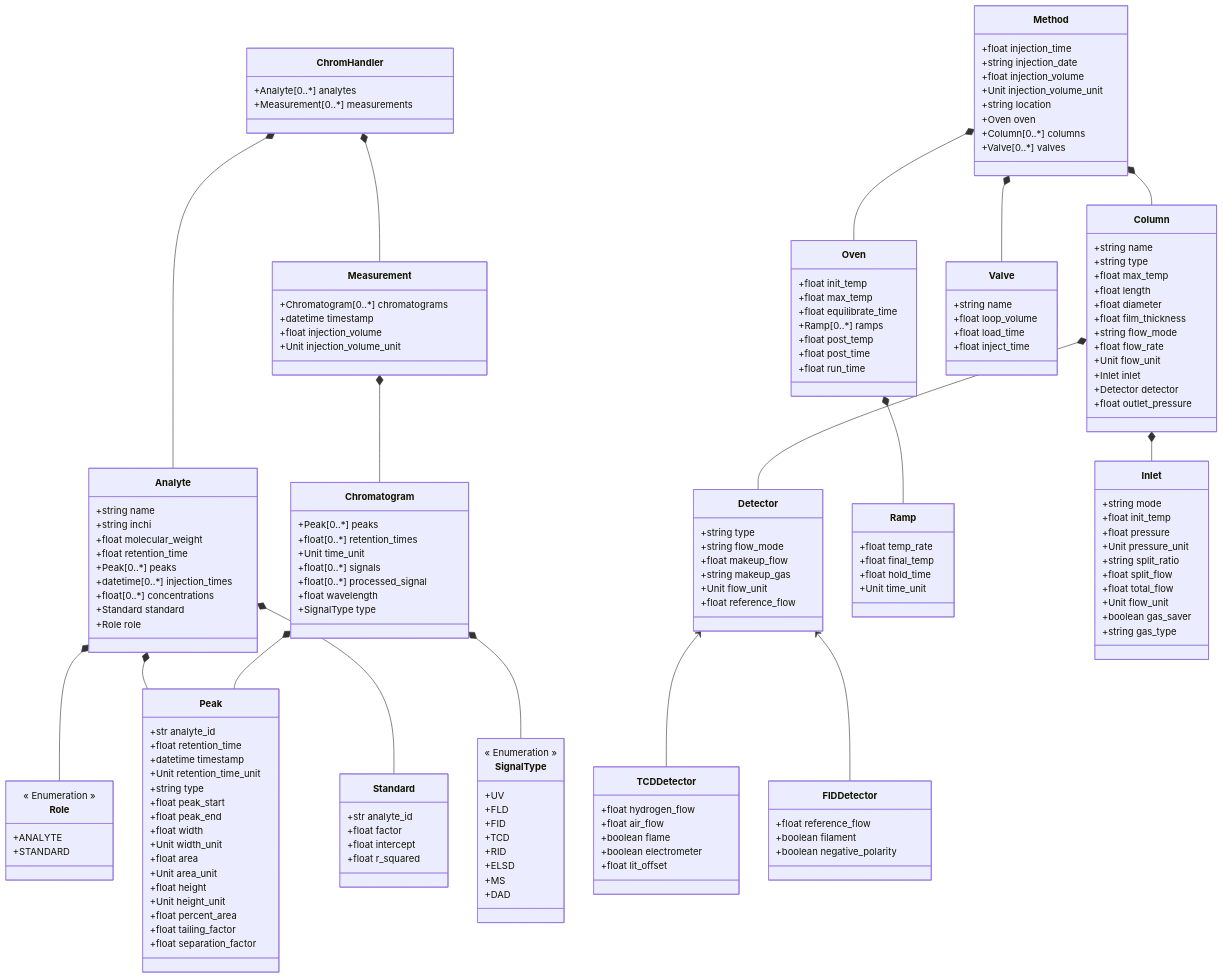
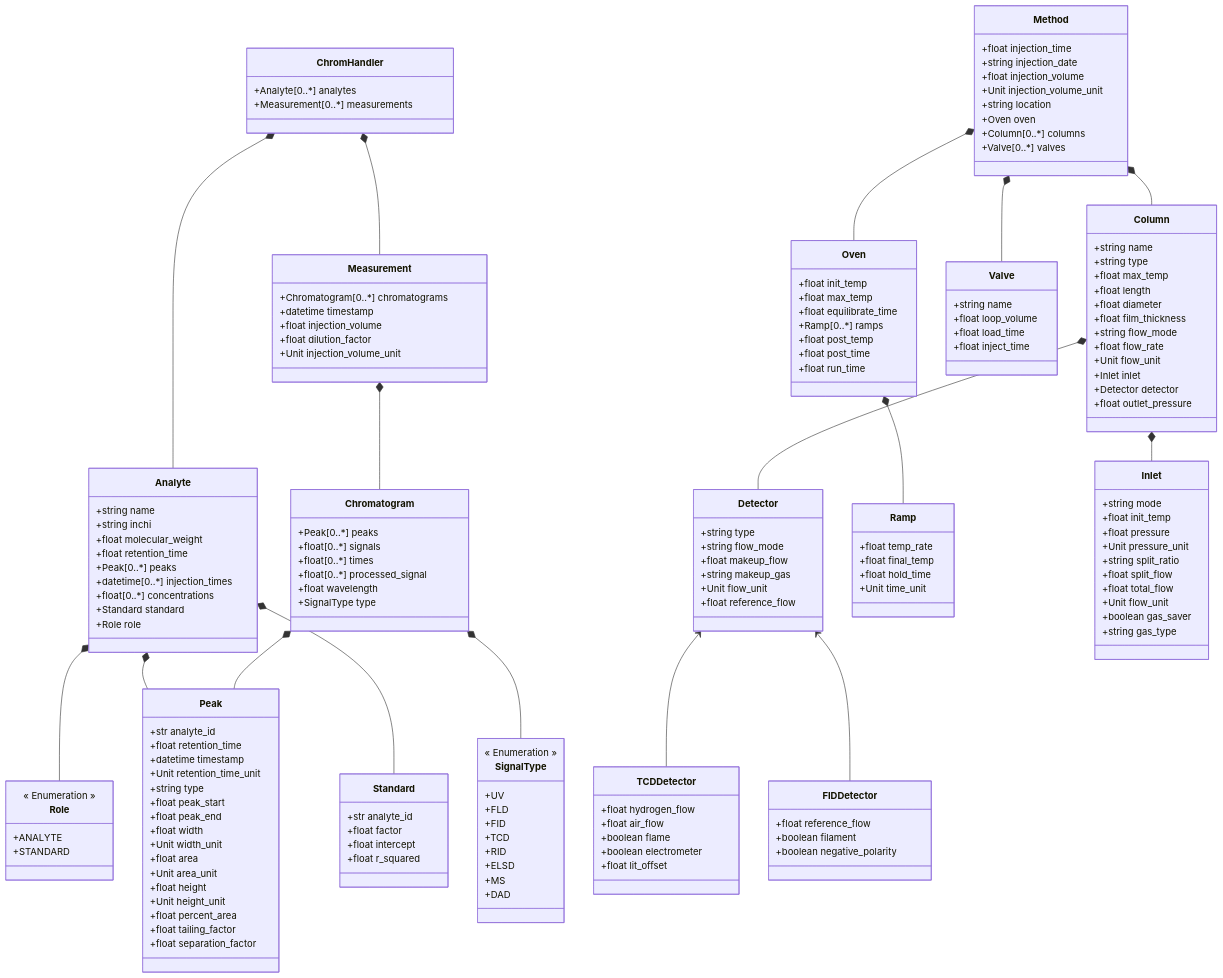
The diagram in chromatopy/schemes/chromatopy_schema.md (FAIRChemistry/chromatopy), drawn with Mermaid before and after one commit. The commit also changed 12 other files, not shown here.

```diff
--- a/chromatopy/schemes/chromatopy_schema.md
+++ b/chromatopy/schemes/chromatopy_schema.md
@@ -38,14 +38,14 @@
         +Chromatogram[0..*] chromatograms
         +datetime timestamp
         +float injection_volume
+        +float dilution_factor
         +Unit injection_volume_unit
     }
     
     class Chromatogram {
         +Peak[0..*] peaks
-        +float[0..*] retention_times
-        +Unit time_unit
         +float[0..*] signals
+        +float[0..*] times
         +float[0..*] processed_signal
         +float wavelength
         +SignalType type
```
